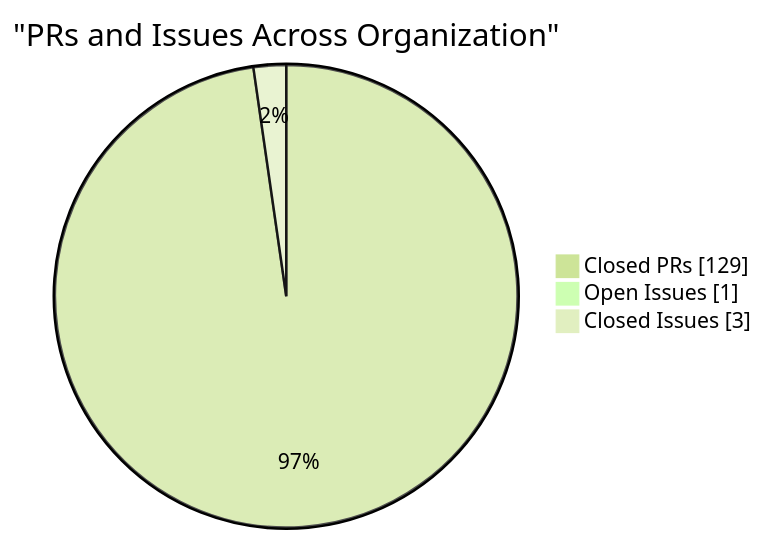
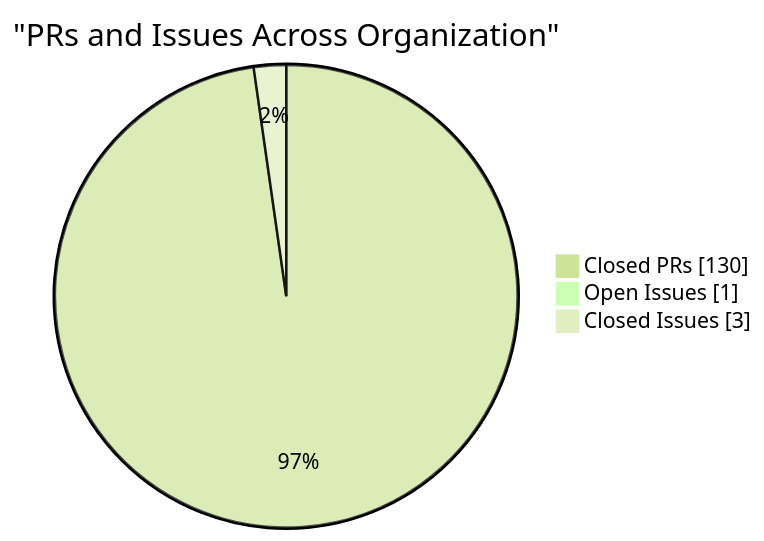
One commit to CSTH-Projects/.github changed the fourth of 4 diagrams in profile/README.md. Above: the diagram before and after it, drawn with Mermaid (forest theme). The commit also changed other lines of this file, not shown here.

````diff
--- a/profile/README.md
+++ b/profile/README.md
@@ -100,7 +100,7 @@
 ```mermaid
 pie showData
     title "PRs and Issues Across Organization"
-    "Closed PRs" : 129
+    "Closed PRs" : 130
     "Open Issues" : 1
     "Closed Issues" : 3
 ```
````
